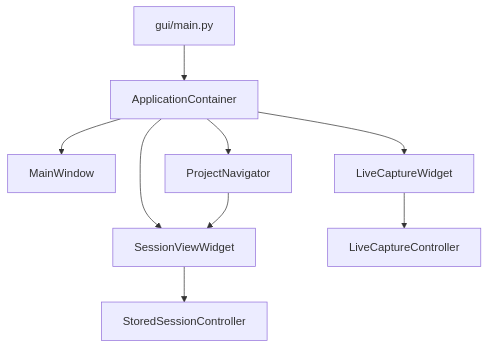
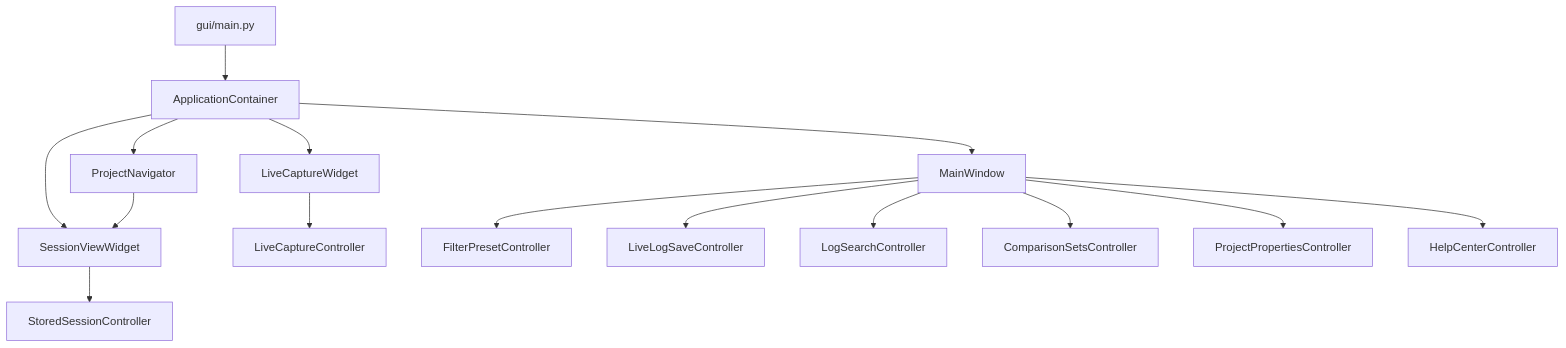
Before and after one commit to autoklinika/can-research-tool: the diagram in docs/APPLICATION_DEPENDENCIES_PL.md, drawn with Mermaid. The commit also changed other lines of this file and 39 other files, not shown here.

````diff
--- a/docs/APPLICATION_DEPENDENCIES_PL.md
+++ b/docs/APPLICATION_DEPENDENCIES_PL.md
@@ -7,11 +7,17 @@
 ```mermaid
 flowchart TD
     Main["gui/main.py"] --> Container["ApplicationContainer"]
     Container --> Window["MainWindow"]
     Container --> Live["LiveCaptureWidget"]
     Container --> Stored["SessionViewWidget"]
     Container --> Navigator["ProjectNavigator"]
     Live --> LiveController["LiveCaptureController"]
     Stored --> StoredController["StoredSessionController"]
     Navigator --> Stored
+    Window --> Filters["FilterPresetController"]
+    Window --> LiveLog["LiveLogSaveController"]
+    Window --> Search["LogSearchController"]
+    Window --> Comparison["ComparisonSetsController"]
+    Window --> Properties["ProjectPropertiesController"]
+    Window --> Help["HelpCenterController"]
 ```
````
